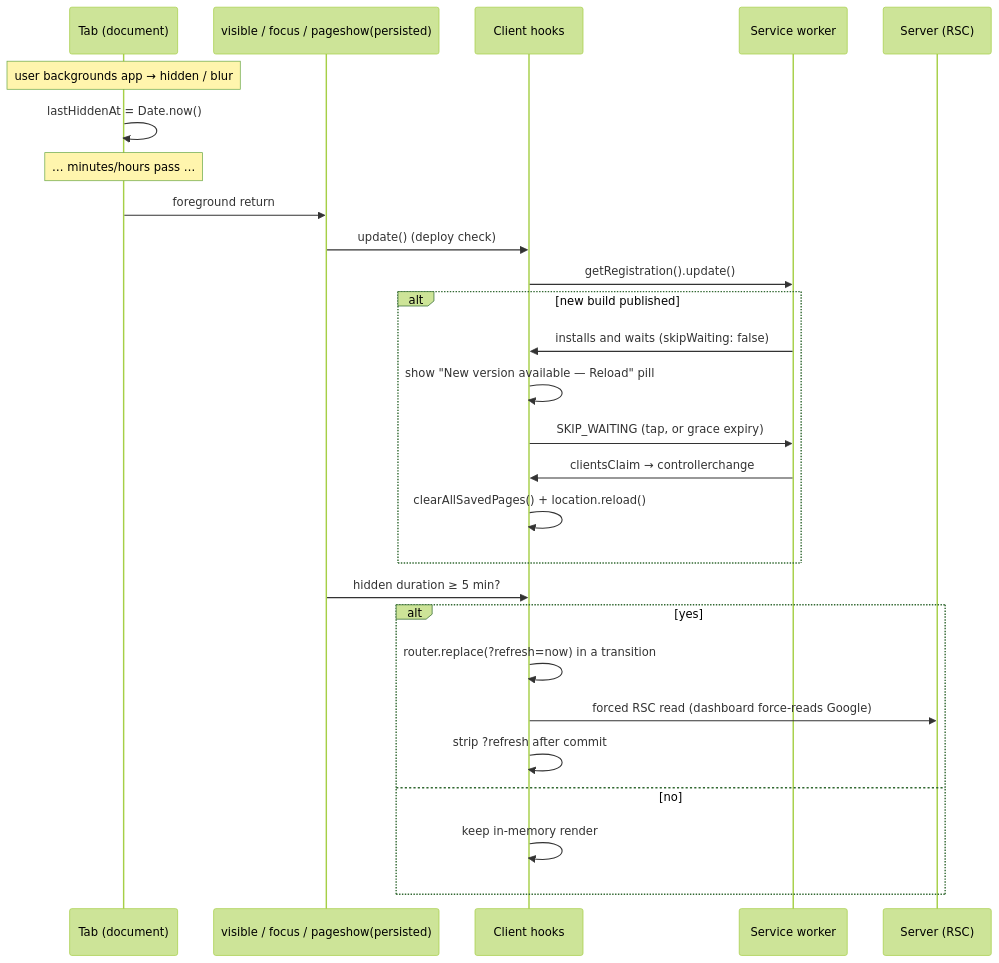
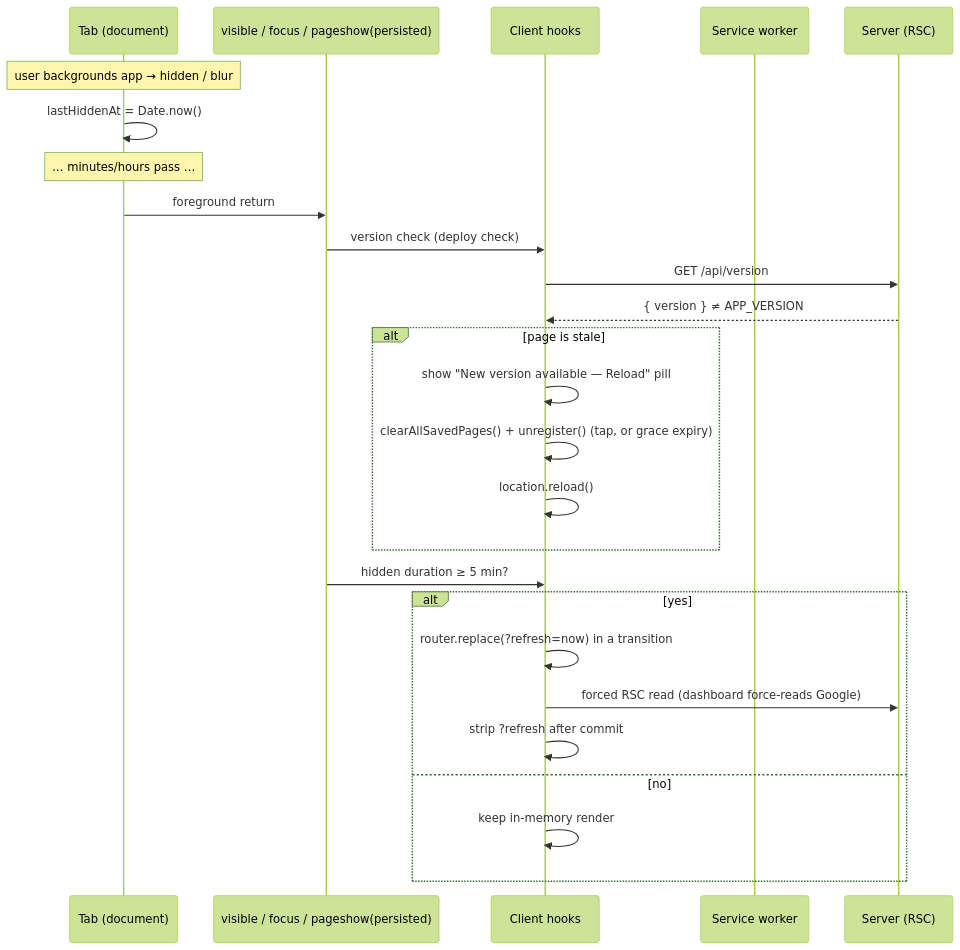
Before and after one commit to oncloudnintynineone-source/cloudy2: the fifth of 6 diagrams in docs/pwa-offline.md, drawn with Mermaid (forest theme). The commit also changed other lines of this file and 4 other files, not shown here.

Commit message:
fix(pwa): detect stale builds by server version, not SW waiting state (iOS loop)

````diff
--- a/docs/pwa-offline.md
+++ b/docs/pwa-offline.md
@@ -485,30 +490,29 @@
 ```mermaid
 sequenceDiagram
  participant T as Tab (document)
  participant V as visible / focus / pageshow(persisted)
  participant C as Client hooks
  participant SW as Service worker
  participant S as Server (RSC)
 
  Note over T: user backgrounds app → hidden / blur
  T->>T: lastHiddenAt = Date.now()
  Note over T: … minutes/hours pass …
  T->>V: foreground return
- V->>C: update() (deploy check)
- C->>SW: getRegistration().update()
- alt new build published
- SW->>C: installs and waits (skipWaiting: false)
+ V->>C: version check (deploy check)
+ C->>S: GET /api/version
+ S-->>C: { version } ≠ APP_VERSION
+ alt page is stale
  C->>C: show "New version available — Reload" pill
- C->>SW: SKIP_WAITING (tap, or grace expiry)
- SW->>C: clientsClaim → controllerchange
- C->>C: clearAllSavedPages() + location.reload()
+ C->>C: clearAllSavedPages() + unregister() (tap, or grace expiry)
+ C->>C: location.reload()
  end
  V->>C: hidden duration ≥ 5 min?
  alt yes
  C->>C: router.replace(?refresh=now) in a transition
  C->>S: forced RSC read (dashboard force-reads Google)
  C->>C: strip ?refresh after commit
  else no
  C->>C: keep in-memory render
  end
 ```
````
